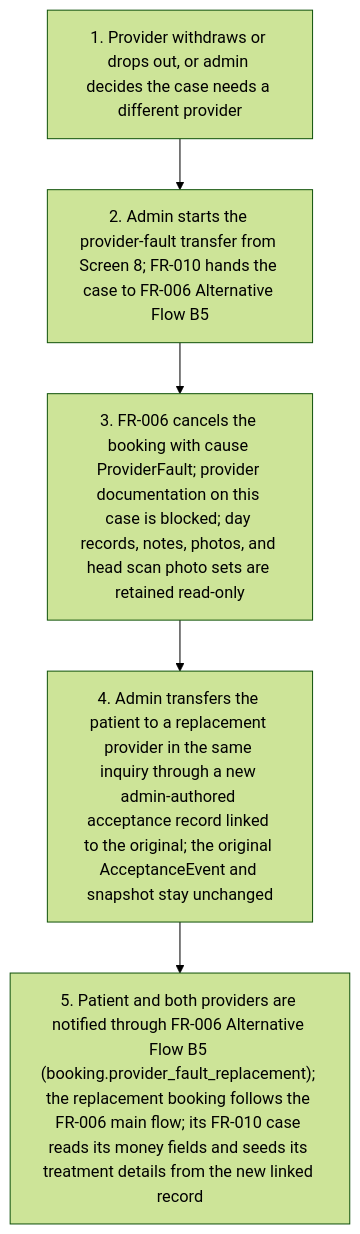
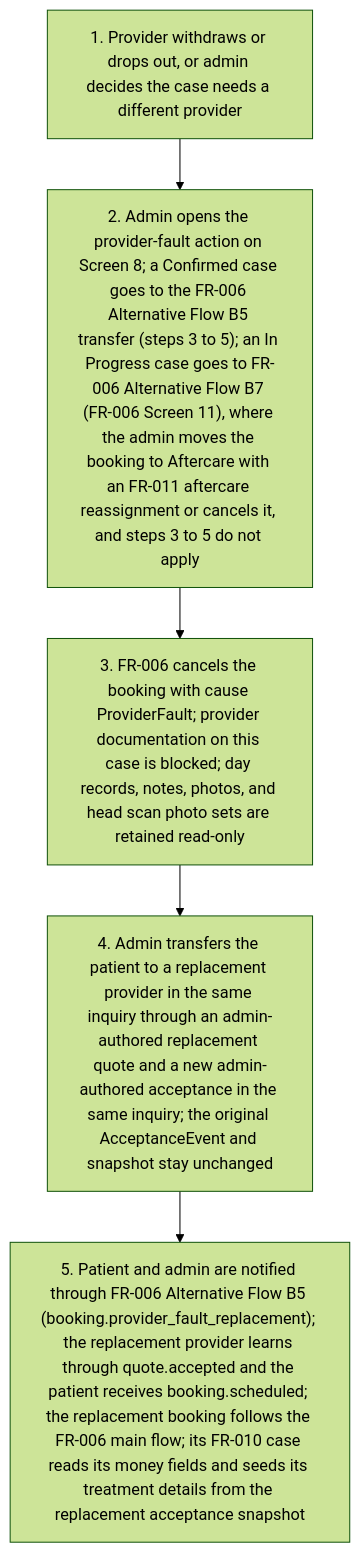
The ninth of 9 diagrams in project-requirements/functional-requirements/fr010-treatment-execution/prd.md (joachimtrungtuan/hairline-pm-docs), drawn with Mermaid (forest theme) before and after one commit. The commit also changed other lines of this file and 13 other files, not shown here.

First line of the commit message:
docs(booking): add admin intervention flows and screens across booking FRs

````diff
--- a/project-requirements/functional-requirements/fr010-treatment-execution/prd.md
+++ b/project-requirements/functional-requirements/fr010-treatment-execution/prd.md
@@ -242,8 +242,8 @@
 ```mermaid
 flowchart TD
   B6S1["1. Provider withdraws or drops out, or admin decides the case needs a different provider"] --> B6S2
-  B6S2["2. Admin starts the provider-fault transfer from Screen 8; FR-010 hands the case to FR-006 Alternative Flow B5"] --> B6S3
+  B6S2["2. Admin opens the provider-fault action on Screen 8; a Confirmed case goes to the FR-006 Alternative Flow B5 transfer (steps 3 to 5); an In Progress case goes to FR-006 Alternative Flow B7 (FR-006 Screen 11), where the admin moves the booking to Aftercare with an FR-011 aftercare reassignment or cancels it, and steps 3 to 5 do not apply"] --> B6S3
   B6S3["3. FR-006 cancels the booking with cause ProviderFault; provider documentation on this case is blocked; day records, notes, photos, and head scan photo sets are retained read-only"] --> B6S4
-  B6S4["4. Admin transfers the patient to a replacement provider in the same inquiry through a new admin-authored acceptance record linked to the original; the original AcceptanceEvent and snapshot stay unchanged"] --> B6S5
-  B6S5["5. Patient and both providers are notified through FR-006 Alternative Flow B5 (booking.provider_fault_replacement); the replacement booking follows the FR-006 main flow; its FR-010 case reads its money fields and seeds its treatment details from the new linked record"]
+  B6S4["4. Admin transfers the patient to a replacement provider in the same inquiry through an admin-authored replacement quote and a new admin-authored acceptance in the same inquiry; the original AcceptanceEvent and snapshot stay unchanged"] --> B6S5
+  B6S5["5. Patient and admin are notified through FR-006 Alternative Flow B5 (booking.provider_fault_replacement); the replacement provider learns through quote.accepted and the patient receives booking.scheduled; the replacement booking follows the FR-006 main flow; its FR-010 case reads its money fields and seeds its treatment details from the replacement acceptance snapshot"]
 ```
````
